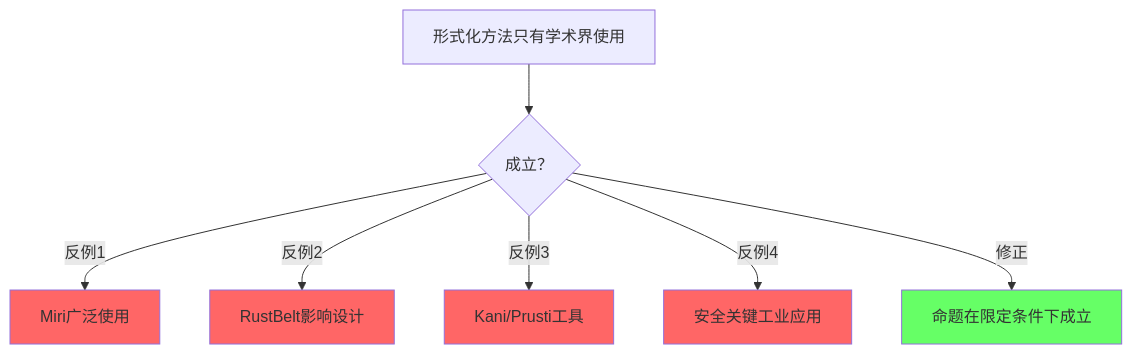
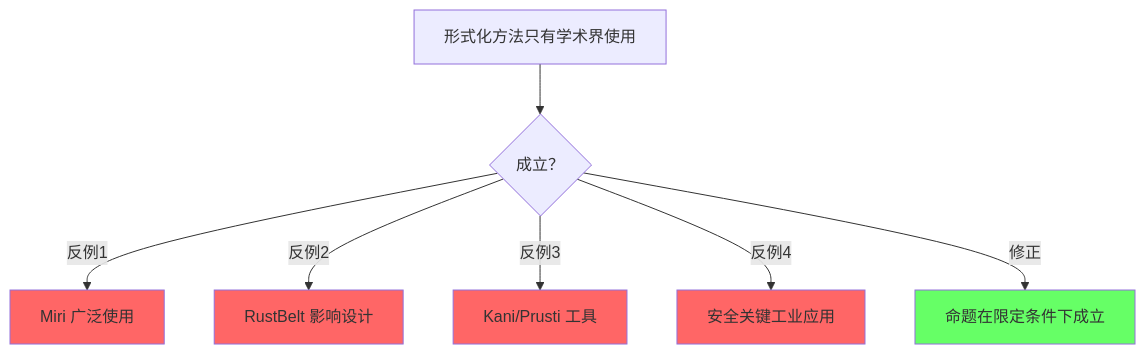
The seventh of 7 diagrams in concept/07_future/02_formal_methods.md (martin-ly/rust-lang), drawn with Mermaid before and after one commit. The commit also changed other lines of this file and 16 other files, not shown here.

````diff
--- a/concept/07_future/02_formal_methods.md
+++ b/concept/07_future/02_formal_methods.md
@@ -527,27 +681,14 @@
 ```mermaid
-
 graph TD
-
     P3["形式化方法只有学术界使用"] --> Q{成立？}
-
-    Q -->|反例1| C3_0["Miri广泛使用"]
-
+    Q -->|反例1| C3_0["Miri 广泛使用"]
     style C3_0 fill:#f66
-
-    Q -->|反例2| C3_1["RustBelt影响设计"]
-
+    Q -->|反例2| C3_1["RustBelt 影响设计"]
     style C3_1 fill:#f66
-
-    Q -->|反例3| C3_2["Kani/Prusti工具"]
-
+    Q -->|反例3| C3_2["Kani/Prusti 工具"]
     style C3_2 fill:#f66
-
     Q -->|反例4| C3_3["安全关键工业应用"]
-
     style C3_3 fill:#f66
-
     Q -->|修正| T3["命题在限定条件下成立"]
-
     style T3 fill:#6f6
-
 ```
````
